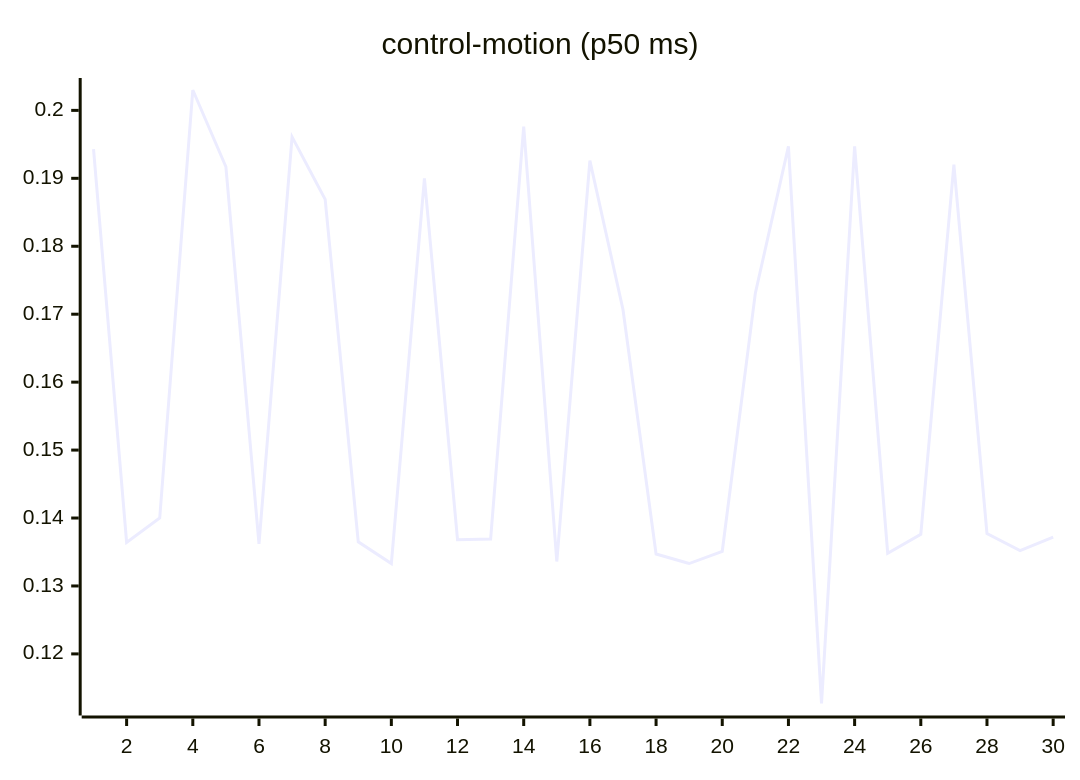
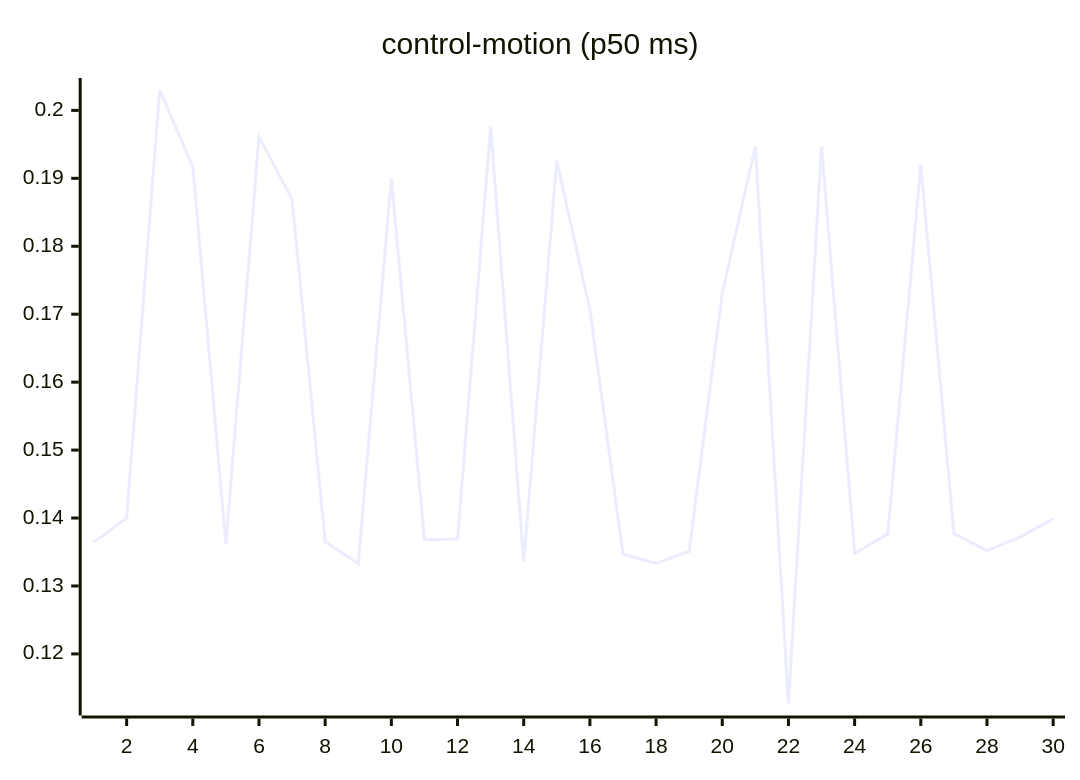
The seventh of 27 diagrams in README.md (josha/Facet), drawn with Mermaid before and after one commit. The commit also changed other lines of this file and 2 other files, not shown here.

````diff
--- a/README.md
+++ b/README.md
@@ -105,6 +105,6 @@
 ```mermaid
 xychart-beta
     title "control-motion (p50 ms)"
     x-axis 1 --> 30
-    line [0.1943, 0.1364, 0.1400, 0.2030, 0.1917, 0.1362, 0.1961, 0.1869, 0.1365, 0.1333, 0.1900, 0.1368, 0.1369, 0.1976, 0.1336, 0.1926, 0.1707, 0.1347, 0.1333, 0.1351, 0.1731, 0.1947, 0.1127, 0.1947, 0.1348, 0.1376, 0.1920, 0.1377, 0.1352, 0.1372]
+    line [0.1364, 0.1400, 0.2030, 0.1917, 0.1362, 0.1961, 0.1869, 0.1365, 0.1333, 0.1900, 0.1368, 0.1369, 0.1976, 0.1336, 0.1926, 0.1707, 0.1347, 0.1333, 0.1351, 0.1731, 0.1947, 0.1127, 0.1947, 0.1348, 0.1376, 0.1920, 0.1377, 0.1352, 0.1372, 0.1399]
 ```
````
